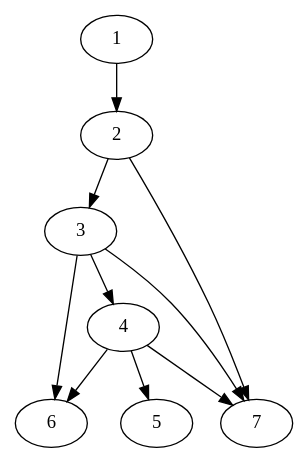
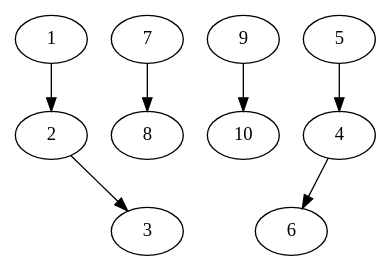
Before and after one commit to mnhafid/msproject-imitation: the diagram in fp.gv, drawn with Graphviz. The commit also changed 2 other files, not shown here.

```diff
--- a/fp.gv
+++ b/fp.gv
@@ -1,36 +1,36 @@
 strict digraph {
 
+
+	"3" [  weight=0 ];
+
+	"8" [  weight=0 ];
+
+	"7" [  weight=0 ];
+
+	"7" -> "8" [  weight=0 ];
+
+	"9" [  weight=0 ];
+
+	"9" -> "10" [  weight=0 ];
 
 	"1" [  weight=0 ];
 
 	"1" -> "2" [  weight=0 ];
 
+	"4" [  weight=0 ];
+
+	"4" -> "6" [  weight=0 ];
+
+	"10" [  weight=0 ];
+
 	"2" [  weight=0 ];
 
 	"2" -> "3" [  weight=0 ];
 
-	"2" -> "7" [  weight=0 ];
+	"5" [  weight=0 ];
 
-	"3" [  weight=0 ];
-
-	"3" -> "6" [  weight=0 ];
-
-	"3" -> "7" [  weight=0 ];
-
-	"3" -> "4" [  weight=0 ];
-
-	"4" [  weight=0 ];
-
-	"4" -> "5" [  weight=0 ];
-
-	"4" -> "6" [  weight=0 ];
-
-	"4" -> "7" [  weight=0 ];
-
-	"5" [  weight=0 ];
+	"5" -> "4" [  weight=0 ];
 
 	"6" [  weight=0 ];
 
-	"7" [  weight=0 ];
-
 }
```
